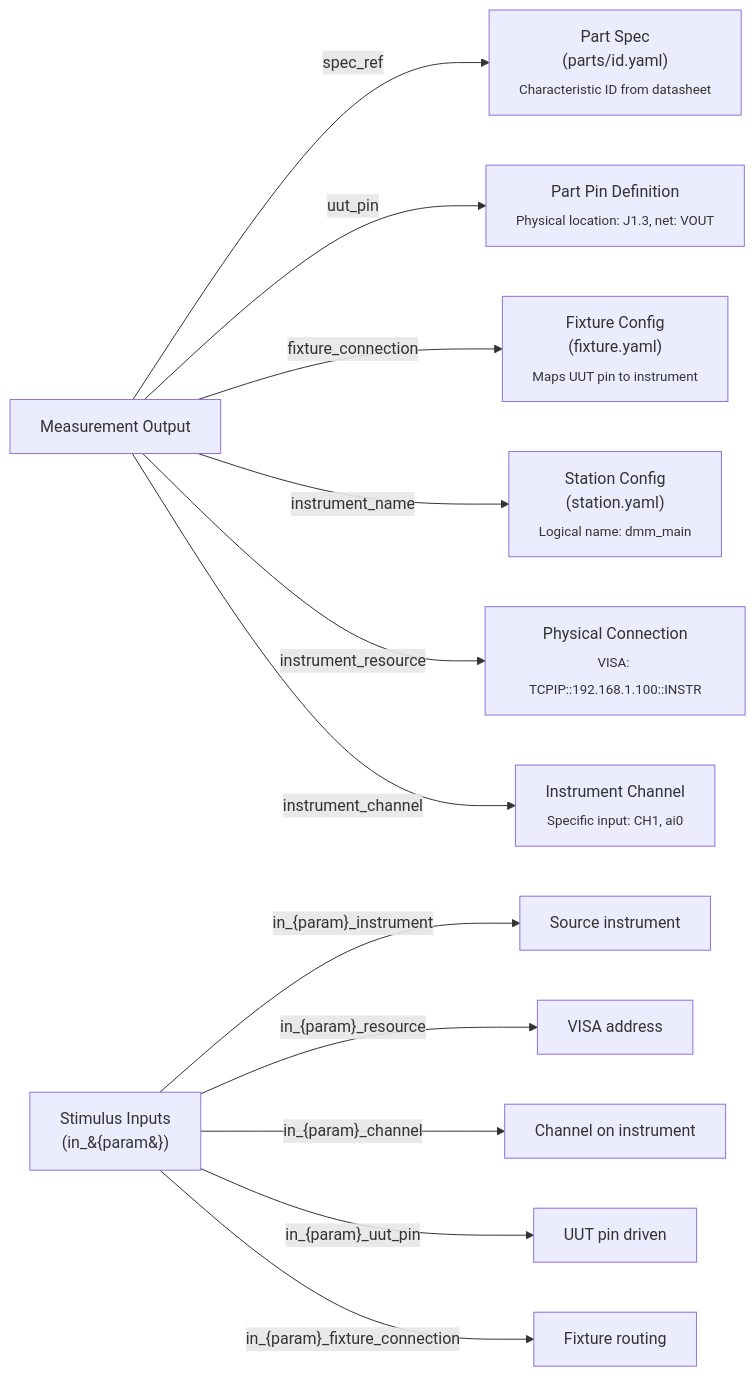
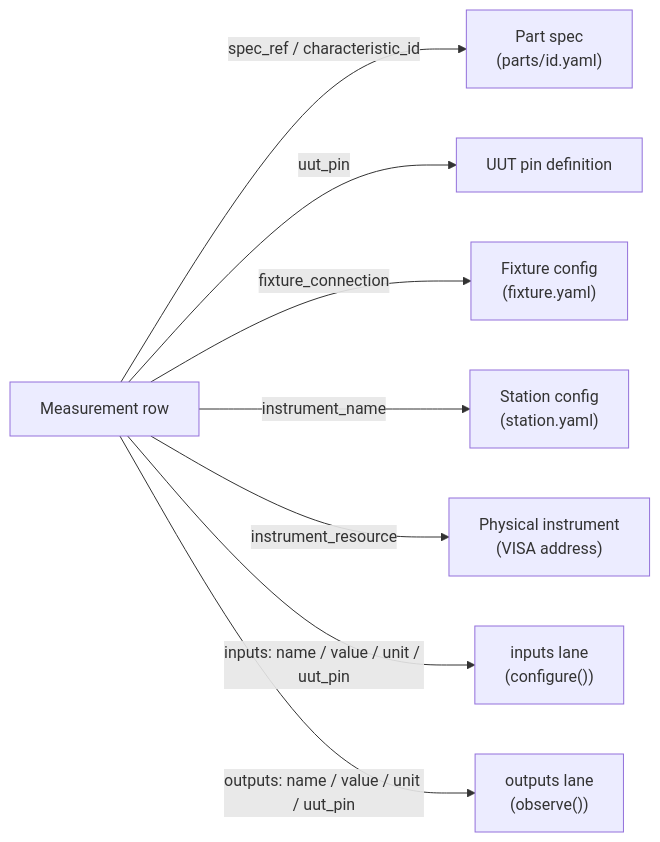
The diagram in docs/how-to/execution/traceability.md (pragmatest-dev/testerkit), drawn with Mermaid before and after one commit. The commit also changed other lines of this file and 5 other files, not shown here.

````diff
--- a/docs/how-to/execution/traceability.md
+++ b/docs/how-to/execution/traceability.md
@@ -49,30 +234,21 @@
 ```mermaid
 flowchart LR
-    meas["Measurement Output"]
-    spec["Part Spec<br/>(parts/id.yaml)<br/><sub>Characteristic ID from datasheet</sub>"]
-    pin["Part Pin Definition<br/><sub>Physical location: J1.3, net: VOUT</sub>"]
-    fix["Fixture Config<br/>(fixture.yaml)<br/><sub>Maps UUT pin to instrument</sub>"]
-    sta["Station Config<br/>(station.yaml)<br/><sub>Logical name: dmm_main</sub>"]
-    res["Physical Connection<br/><sub>VISA: TCPIP::192.168.1.100::INSTR</sub>"]
-    ch["Instrument Channel<br/><sub>Specific input: CH1, ai0</sub>"]
+    meas["Measurement row"]
+    spec["Part spec\n(parts/id.yaml)"]
+    pin["UUT pin definition"]
+    fix["Fixture config\n(fixture.yaml)"]
+    sta["Station config\n(station.yaml)"]
+    res["Physical instrument\n(VISA address)"]
 
-    meas -- spec_ref --> spec
+    meas -- spec_ref / characteristic_id --> spec
     meas -- uut_pin --> pin
     meas -- fixture_connection --> fix
     meas -- instrument_name --> sta
     meas -- instrument_resource --> res
-    meas -- instrument_channel --> ch
 
-    stim["Stimulus Inputs<br/>(in_&#123;param&#125;)"]
-    sinstr["Source instrument"]
-    sres["VISA address"]
-    sch["Channel on instrument"]
-    spin["UUT pin driven"]
-    sfix["Fixture routing"]
+    inputs["inputs lane\n(configure())"]
+    outputs["outputs lane\n(observe())"]
 
-    stim -- in_{param}_instrument --> sinstr
-    stim -- in_{param}_resource --> sres
-    stim -- in_{param}_channel --> sch
-    stim -- in_{param}_uut_pin --> spin
-    stim -- in_{param}_fixture_connection --> sfix
+    meas -- inputs: name / value / unit / uut_pin --> inputs
+    meas -- outputs: name / value / unit / uut_pin --> outputs
 ```
````
